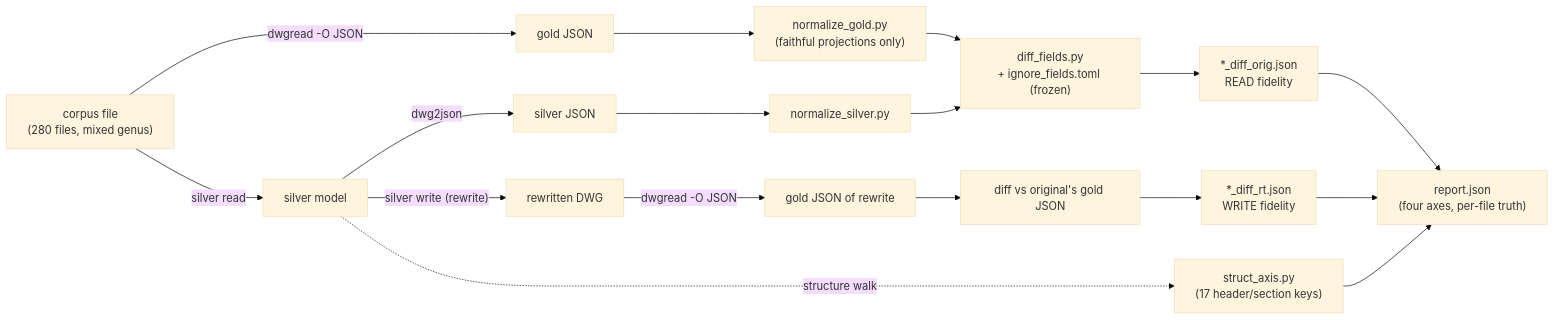
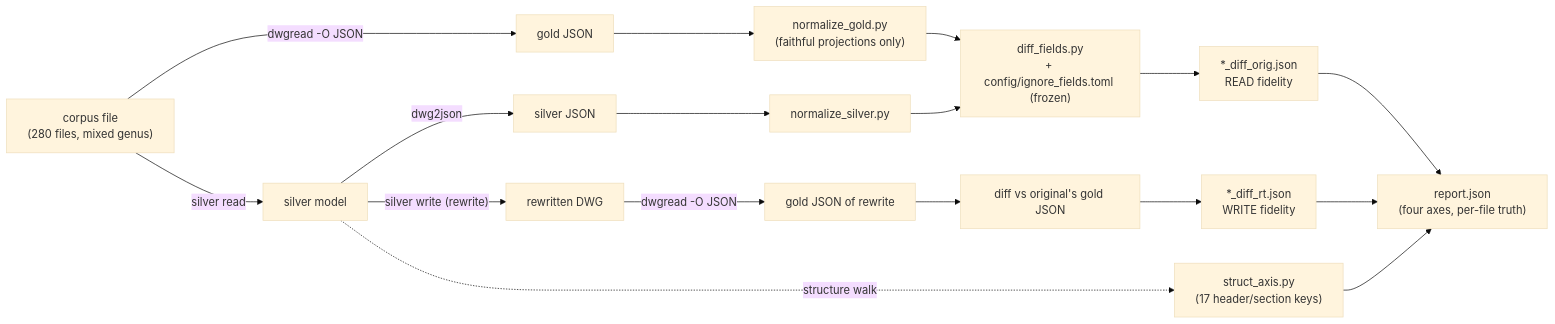
The fourth of 10 diagrams in tests/gold_harness/ARCHITECTURE.md (HakanSeven12/opencadcodec), drawn with Mermaid (base theme) before and after one commit. The commit also changed other lines of this file and 5 other files, not shown here.

First line of the commit message:
docs(harness): rank the AutoCAD census as the acceptance oracle — architecture redesign

````diff
--- a/tests/gold_harness/ARCHITECTURE.md
+++ b/tests/gold_harness/ARCHITECTURE.md
@@ -73,19 +127,19 @@
 ```mermaid
 flowchart LR
     F["corpus file<br/>(280 files, mixed genus)"] -->|"dwgread -O JSON"| GJ["gold JSON"]
     F -->|"silver read"| SJ["silver model"]
     SJ -->|"dwg2json"| SJ2["silver JSON"]
     GJ --> NG["normalize_gold.py<br/>(faithful projections only)"]
     SJ2 --> NS["normalize_silver.py"]
-    NG --> D["diff_fields.py<br/>+ ignore_fields.toml (frozen)"]
+    NG --> D["diff_fields.py<br/>+ config/ignore_fields.toml (frozen)"]
     NS --> D
     D --> R1["*_diff_orig.json<br/>READ fidelity"]
     SJ -->|"silver write (rewrite)"| RT["rewritten DWG"]
     RT -->|"dwgread -O JSON"| GJ2["gold JSON of rewrite"]
     GJ2 --> D2["diff vs original's gold JSON"]
     D2 --> R2["*_diff_rt.json<br/>WRITE fidelity"]
     R1 --> REP["report.json<br/>(four axes, per-file truth)"]
     R2 --> REP
     SJ -.->|"structure walk"| SA["struct_axis.py<br/>(17 header/section keys)"]
     SA --> REP
 ```
````
